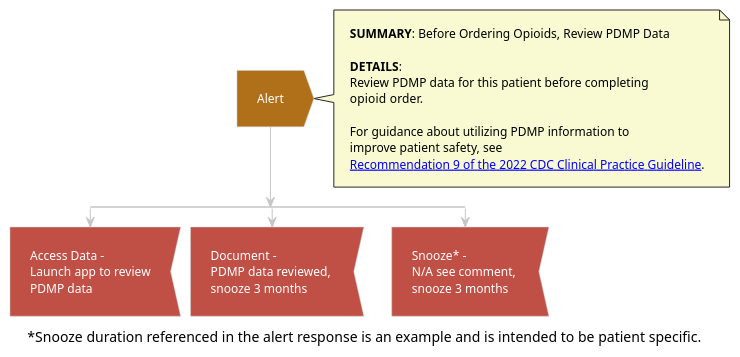
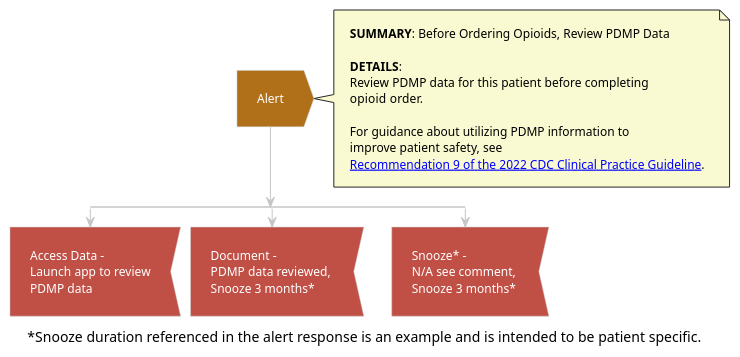
The diagram in input/images-source/alert_rec09_ordersign.plantuml (cqframework/opioid-cds-r4), drawn with PlantUML before and after one commit. The commit also changed 6 other files, not shown here.

```diff
--- a/input/images-source/alert_rec09_ordersign.plantuml
+++ b/input/images-source/alert_rec09_ordersign.plantuml
@@ -1,44 +1,44 @@
 @startuml alert_rec09_ordersign
 !theme carbon-gray
 <style>
 activityDiagram {
  FontColor white
  arrow {
   FontColor: Black
  }
  note {
   FontColor: Black
   BackgroundColor: #fafad2
  }
 }
 </style>
 #b06f19:Alert;<<output>>
 note right
 **SUMMARY**: Before Ordering Opioids, Review PDMP Data
 
 **DETAILS**:
 Review PDMP data for this patient before completing 
 opioid order.
 
 For guidance about utilizing PDMP information to 
 improve patient safety, see 
 [[https://www.cdc.gov/mmwr/volumes/71/rr/rr7103a1.htm#Recommendation9 Recommendation 9 of the 2022 CDC Clinical Practice Guideline]].
 end note
 split
 #c05046:Access Data - 
 Launch app to review
 PDMP data;<<input>>
 kill
 split again
 #c05046:Document - 
 PDMP data reviewed, 
-snooze 3 months;<<input>>
+Snooze 3 months*;<<input>>
 kill
 split again
 #c05046:Snooze* - 
 N/A see comment, 
-snooze 3 months;<<input>>
+Snooze 3 months*;<<input>>
 kill
 end split
 caption ~*Snooze duration referenced in the alert response is an example and is intended to be patient specific.
 @enduml
```
